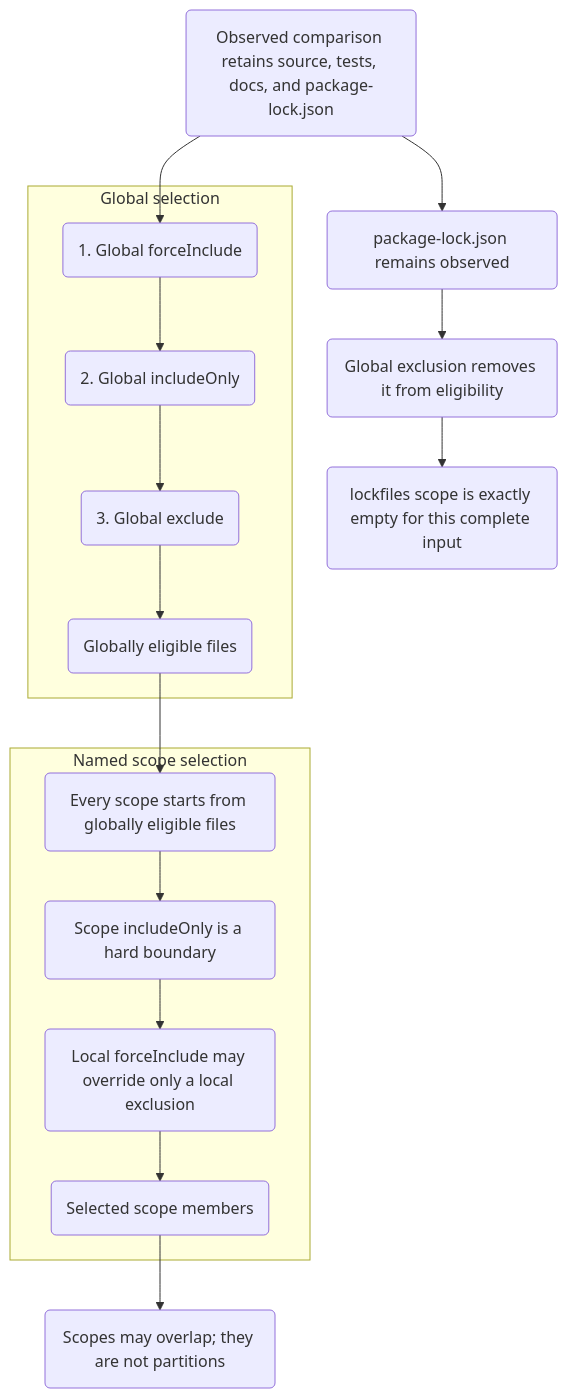
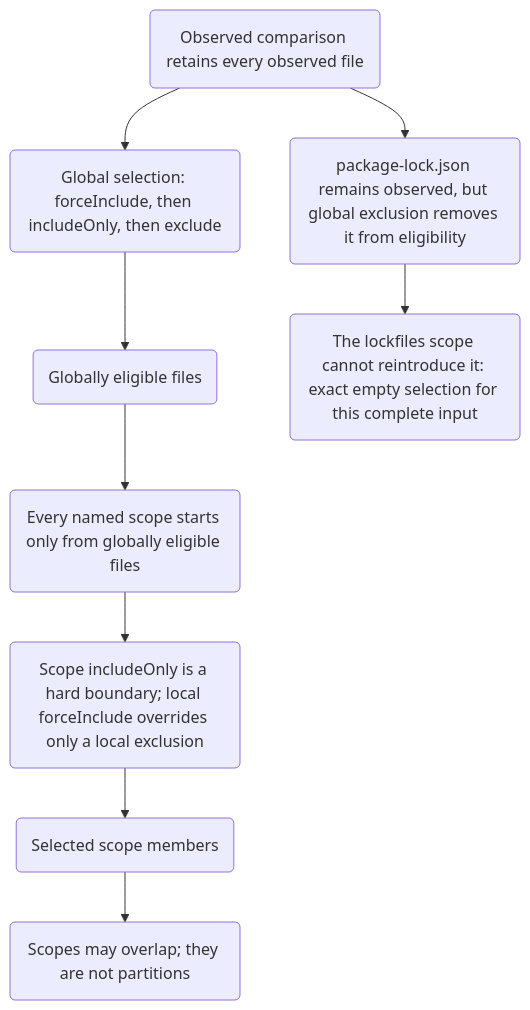
One commit to Wolfsblvt/diffdevil changed the diagram in docs/manual/assets/visuals/selection-boundaries.mmd. Above: the diagram before and after it, drawn with Mermaid. The commit also changed 1 other file, not shown here.

```diff
--- a/docs/manual/assets/visuals/selection-boundaries.mmd
+++ b/docs/manual/assets/visuals/selection-boundaries.mmd
@@ -1,38 +1,24 @@
 flowchart TB
     accTitle: Global and scoped file selection have different boundaries
     accDescr: The observed comparison retains every observed file. Global forceInclude, includeOnly, and exclude determine the globally eligible population. Each named scope begins only from that population, applies a hard includeOnly boundary, and may use local forceInclude only against local exclusions. A globally excluded lockfile remains observed but cannot be reintroduced by its scope.
 
-    observed("Observed comparison retains source, tests, docs, and package-lock.json"):::focus
+    observed("Observed comparison retains every observed file"):::focus
+    global("Global selection: forceInclude, then includeOnly, then exclude")
+    eligible("Globally eligible files"):::ok
+    scope("Every named scope starts only from globally eligible files")
+    boundary("Scope includeOnly is a hard boundary; local forceInclude overrides only a local exclusion")
+    selected("Selected scope members"):::ok
+    overlap("Scopes may overlap; they are not partitions")
 
-    subgraph global["Global selection"]
-        globalForce("1. Global forceInclude")
-        globalOnly("2. Global includeOnly")
-        globalExclude("3. Global exclude")
-        eligible("Globally eligible files"):::ok
-    end
+    lockfile("package-lock.json remains observed, but global exclusion removes it from eligibility"):::bad
+    empty("The lockfiles scope cannot reintroduce it: exact empty selection for this complete input"):::bad
 
-    observed --> globalForce
-    globalForce --> globalOnly
-    globalOnly --> globalExclude
-    globalExclude --> eligible
-
-    lockfile("package-lock.json remains observed"):::focus
-    globallyExcluded("Global exclusion removes it from eligibility"):::bad
-    empty("lockfiles scope is exactly empty for this complete input"):::bad
+    observed --> global
+    global --> eligible
+    eligible --> scope
+    scope --> boundary
+    boundary --> selected
+    selected --> overlap
 
     observed --> lockfile
-    lockfile --> globallyExcluded
-    globallyExcluded --> empty
-
-    subgraph scope["Named scope selection"]
-        scopeStart("Every scope starts from globally eligible files")
-        scopeOnly("Scope includeOnly is a hard boundary")
-        scopeLocal("Local forceInclude may override only a local exclusion")
-        scopeResult("Selected scope members"):::ok
-    end
-
-    eligible --> scopeStart
-    scopeStart --> scopeOnly
-    scopeOnly --> scopeLocal
-    scopeLocal --> scopeResult
-    scopeResult --> overlap("Scopes may overlap; they are not partitions")
+    lockfile --> empty
```
